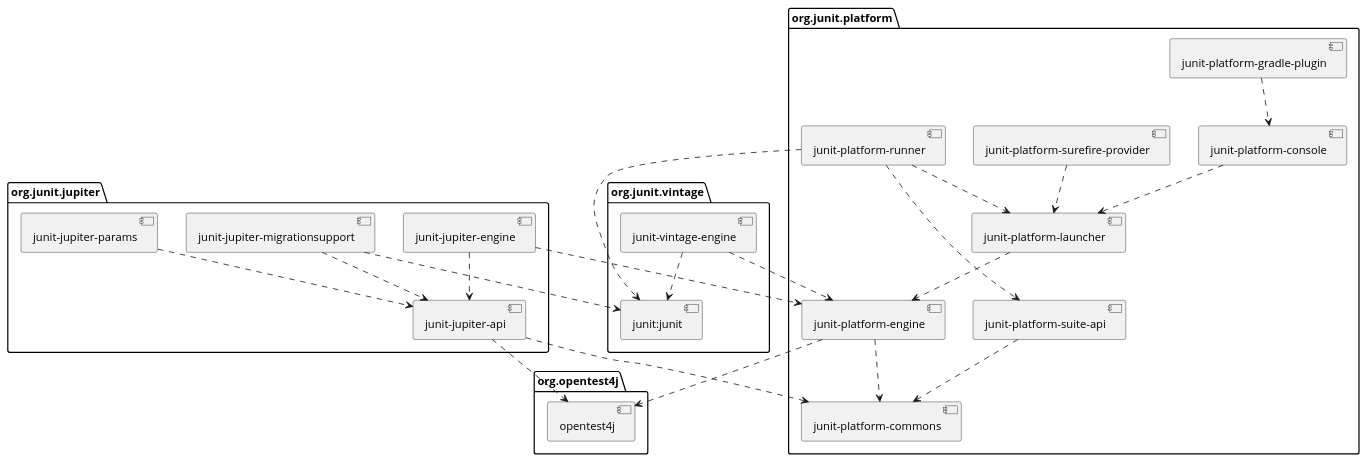
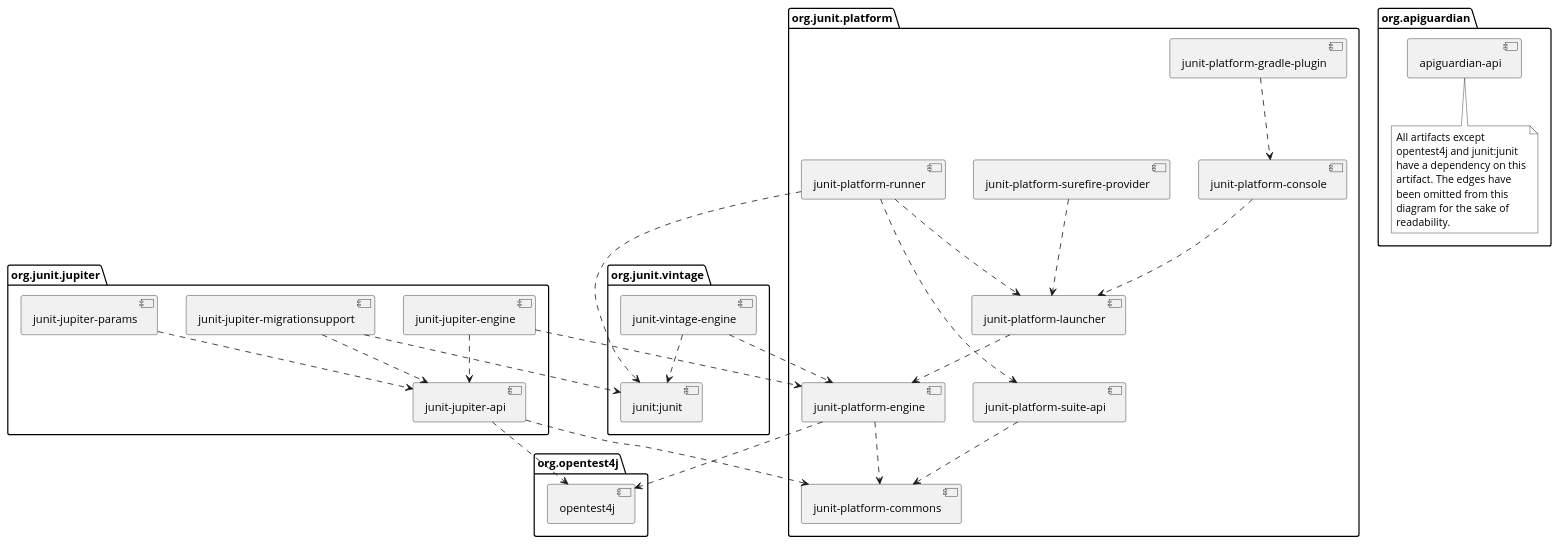
Before and after one commit to junit-team/junit5: the diagram in documentation/src/docs/asciidoc/overview.adoc, drawn with PlantUML. The commit also changed other lines of this file and 2 other files, not shown here.

Commit message:
Reintroduce compile dependency on apiguardian-api in Maven POMs
Resolves #1105.

```diff
--- a/documentation/src/docs/asciidoc/overview.adoc
+++ b/documentation/src/docs/asciidoc/overview.adoc
@@ -138,63 +145,76 @@
 [plantuml, component-diagram, svg]
 ----
 skinparam {
     defaultFontName Open Sans
 }
 
 package org.junit.jupiter {
     [junit-jupiter-api] as jupiter_api
     [junit-jupiter-engine] as jupiter_engine
     [junit-jupiter-params] as jupiter_params
     [junit-jupiter-migrationsupport] as jupiter_migration_support
 }
 
 package org.junit.vintage {
     [junit-vintage-engine] as vintage_engine
     [junit:junit] as junit4
 }
 
 package org.junit.platform {
     [junit-platform-commons] as commons
     [junit-platform-console] as console
     [junit-platform-engine] as engine
     [junit-platform-gradle-plugin] as gradle
     [junit-platform-launcher] as launcher
     [junit-platform-runner] as runner
     [junit-platform-suite-api] as suite_api
     [junit-platform-surefire-provider] as surefire
 }
 
 package org.opentest4j {
     [opentest4j]
 }
 
+package org.apiguardian {
+    [apiguardian-api] as apiguardian
+    note bottom of apiguardian #white
+        All artifacts except
+        opentest4j and junit:junit
+        have a dependency on this
+        artifact. The edges have
+        been omitted from this
+        diagram for the sake of
+        readability.
+    endnote
+}
+
 jupiter_api ..> opentest4j
 jupiter_api ..> commons
 
 jupiter_engine ..> engine
 jupiter_engine ..> jupiter_api
 
 jupiter_params ..> jupiter_api
 jupiter_migration_support ..> jupiter_api
 jupiter_migration_support ..> junit4
 
 console ..> launcher
 
 gradle ..> console
 
 launcher ..> engine
 
 engine ..> opentest4j
 engine ..> commons
 
 runner ..> launcher
 runner ..> suite_api
 runner ..> junit4
 
 suite_api ..> commons
 
 surefire ..> launcher
 
 vintage_engine ..> engine
 vintage_engine ..> junit4
 ----
```
